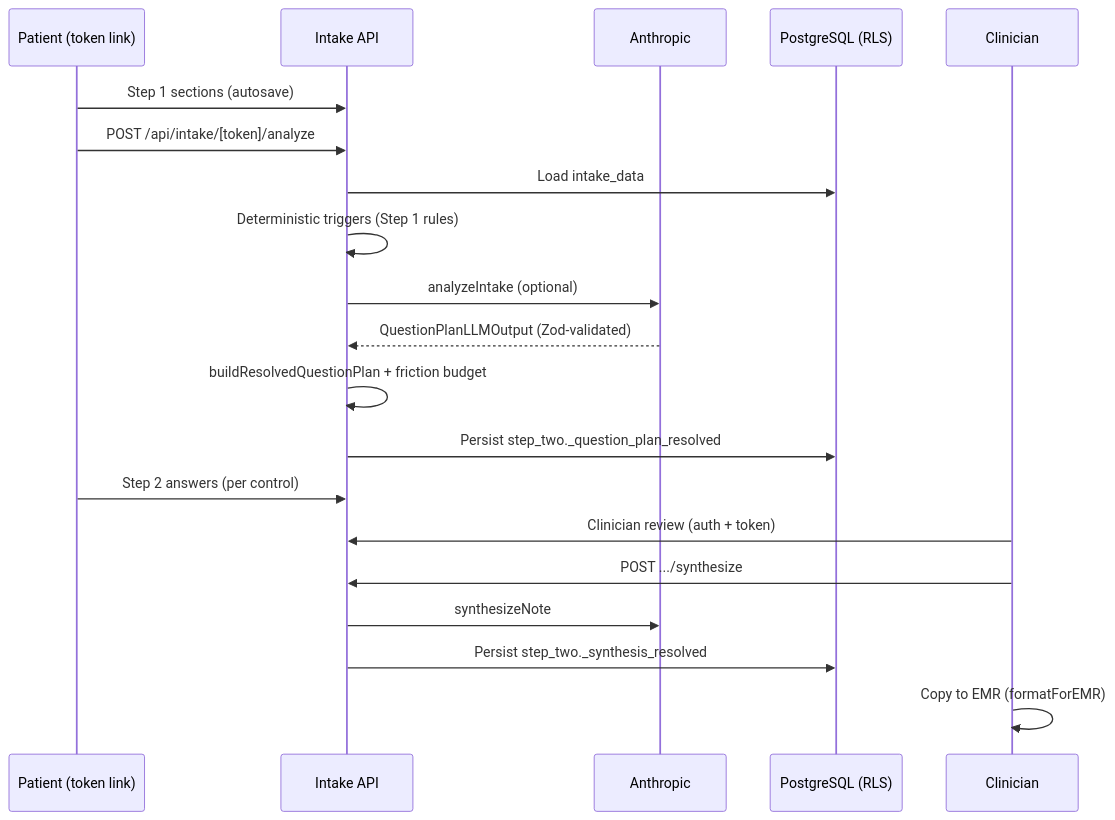
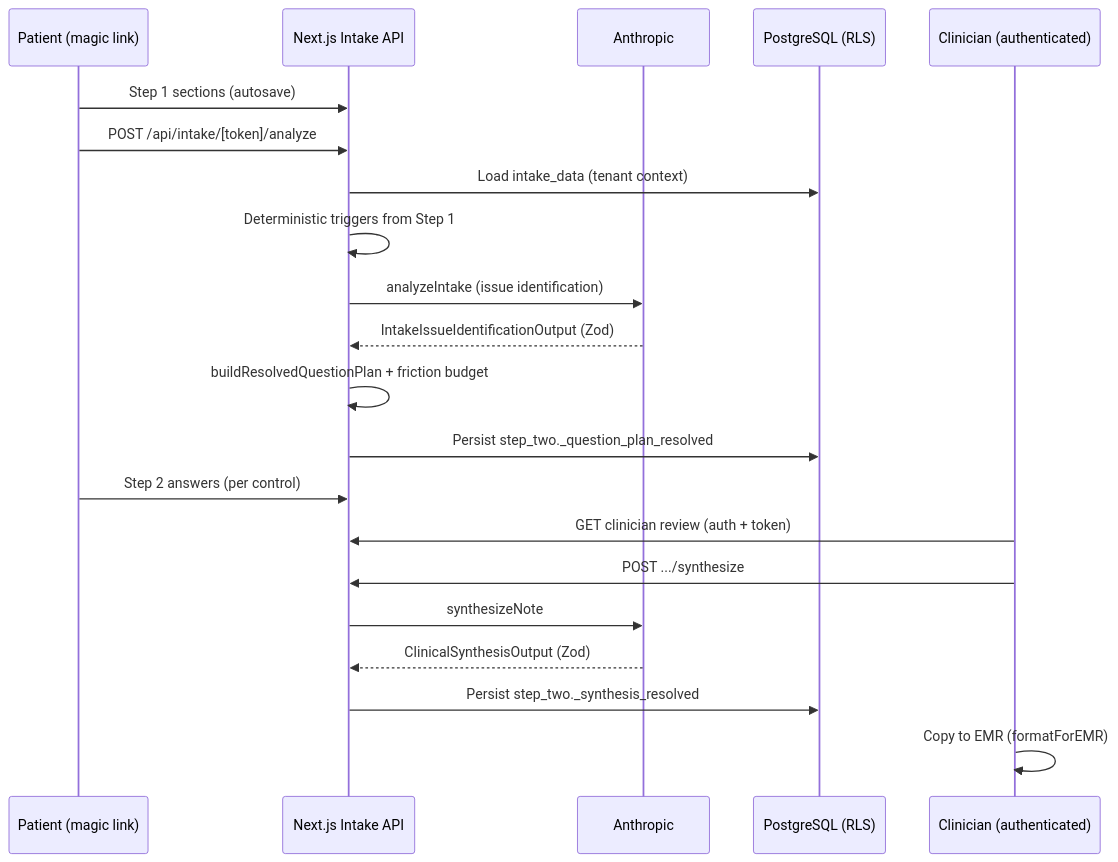
One commit to Clinical-Signal/clinical-signal-main changed the diagram in README.md. Above: the diagram before and after it, drawn with Mermaid. The commit also changed other lines of this file and 173 other files, not shown here.

First line of the commit message:
chore: update environment configuration and enhance intake module API

````diff
--- a/README.md
+++ b/README.md
@@ -25,23 +25,24 @@
 ```mermaid
 sequenceDiagram
-  participant P as Patient (token link)
-  participant API as Intake API
+  participant P as Patient (magic link)
+  participant API as Next.js Intake API
   participant LLM as Anthropic
   participant DB as PostgreSQL (RLS)
-  participant C as Clinician
+  participant C as Clinician (authenticated)
 
   P->>API: Step 1 sections (autosave)
   P->>API: POST /api/intake/[token]/analyze
-  API->>DB: Load intake_data
-  API->>API: Deterministic triggers (Step 1 rules)
-  API->>LLM: analyzeIntake (optional)
-  LLM-->>API: QuestionPlanLLMOutput (Zod-validated)
+  API->>DB: Load intake_data (tenant context)
+  API->>API: Deterministic triggers from Step 1
+  API->>LLM: analyzeIntake (issue identification)
+  LLM-->>API: IntakeIssueIdentificationOutput (Zod)
   API->>API: buildResolvedQuestionPlan + friction budget
   API->>DB: Persist step_two._question_plan_resolved
   P->>API: Step 2 answers (per control)
-  C->>API: Clinician review (auth + token)
+  C->>API: GET clinician review (auth + token)
   C->>API: POST .../synthesize
   API->>LLM: synthesizeNote
+  LLM-->>API: ClinicalSynthesisOutput (Zod)
   API->>DB: Persist step_two._synthesis_resolved
   C->>C: Copy to EMR (formatForEMR)
 ```
````
